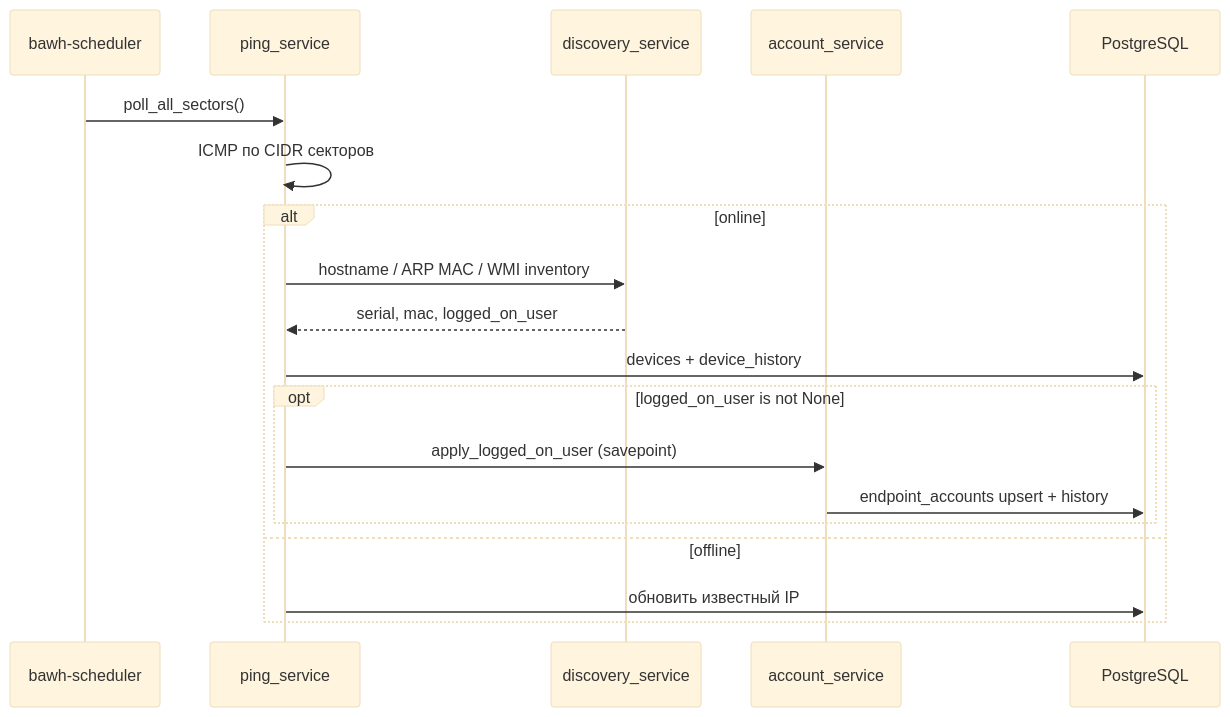
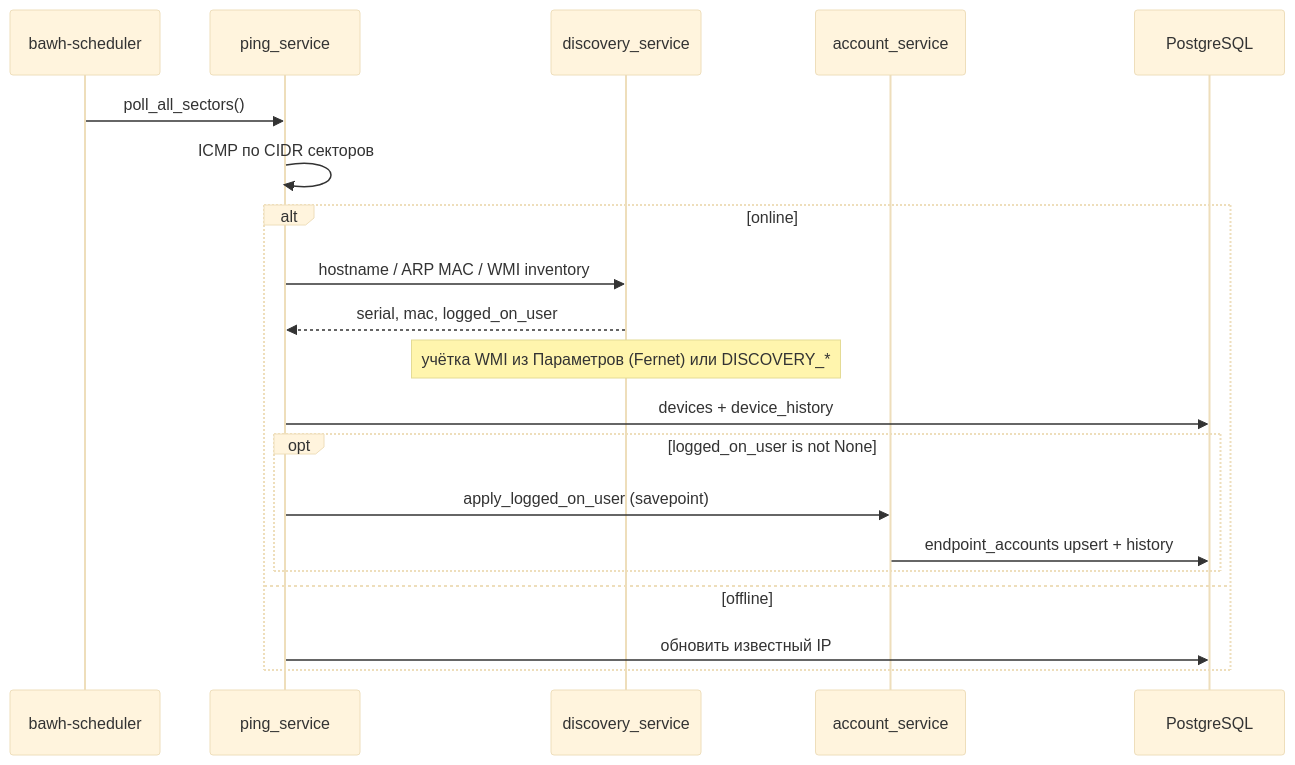
Before and after one commit to blazerity/admin-webhelper: the second of 2 diagrams in docs/ARCHITECTURE.md, drawn with Mermaid (base theme). The commit also changed 10 other files, not shown here.

````diff
--- a/docs/ARCHITECTURE.md
+++ b/docs/ARCHITECTURE.md
@@ -65,22 +65,23 @@
 ```mermaid
 sequenceDiagram
   participant Sch as bawh-scheduler
   participant Ping as ping_service
   participant Disc as discovery_service
   participant Acc as account_service
   participant DB as PostgreSQL
 
   Sch->>Ping: poll_all_sectors()
   Ping->>Ping: ICMP по CIDR секторов
   alt online
-    Ping->>Disc: hostname / ARP MAC / WMI inventory
+      Ping->>Disc: hostname / ARP MAC / WMI inventory
     Disc-->>Ping: serial, mac, logged_on_user
+    Note over Disc: учётка WMI из Параметров (Fernet) или DISCOVERY_*
     Ping->>DB: devices + device_history
     opt logged_on_user is not None
       Ping->>Acc: apply_logged_on_user (savepoint)
       Acc->>DB: endpoint_accounts upsert + history
     end
   else offline
     Ping->>DB: обновить известный IP
   end
 ```
````
